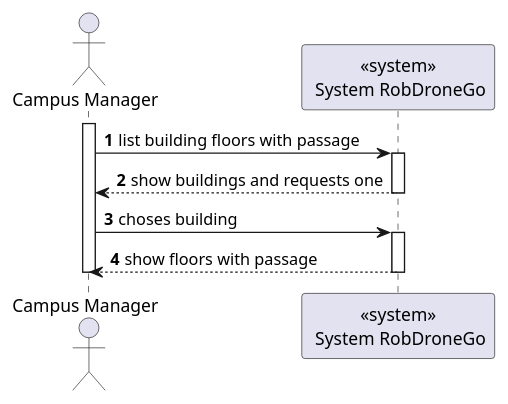
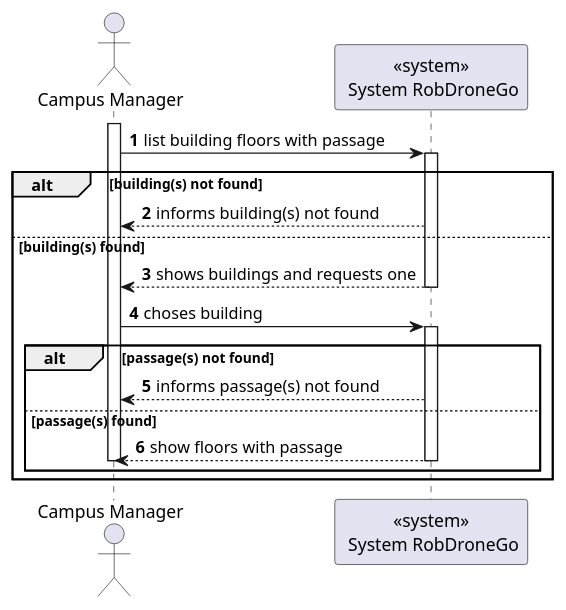
Before and after one commit to Departamento-de-Engenharia-Informatica/lapr5-23-24-g19: the diagram in docs/us1200/level1/process-view.puml, drawn with PlantUML. The commit also changed 13 other files, not shown here.

```diff
--- a/docs/us1200/level1/process-view.puml
+++ b/docs/us1200/level1/process-view.puml
@@ -1,20 +1,28 @@
 @startuml
 autonumber
 
 actor "Campus Manager" as usr
 
 participant "<<system>>\n System RobDroneGo" as sys
 
 activate usr
     usr -> sys : list building floors with passage
-    activate sys
-        sys --> usr : show buildings and requests one
-    deactivate sys
+   activate sys
+       alt building(s) not found
+               sys --> usr : informs building(s) not found
+           else building(s) found
+               sys --> usr : shows buildings and requests one
+           deactivate sys
 
     usr -> sys : choses building
     activate sys
+    alt passage(s) not found
+                sys --> usr: informs passage(s) not found
+            else passage(s) found
+
         sys --> usr : show floors with passage
     deactivate sys
 deactivate usr
-
+end
+end
 @enduml
```
